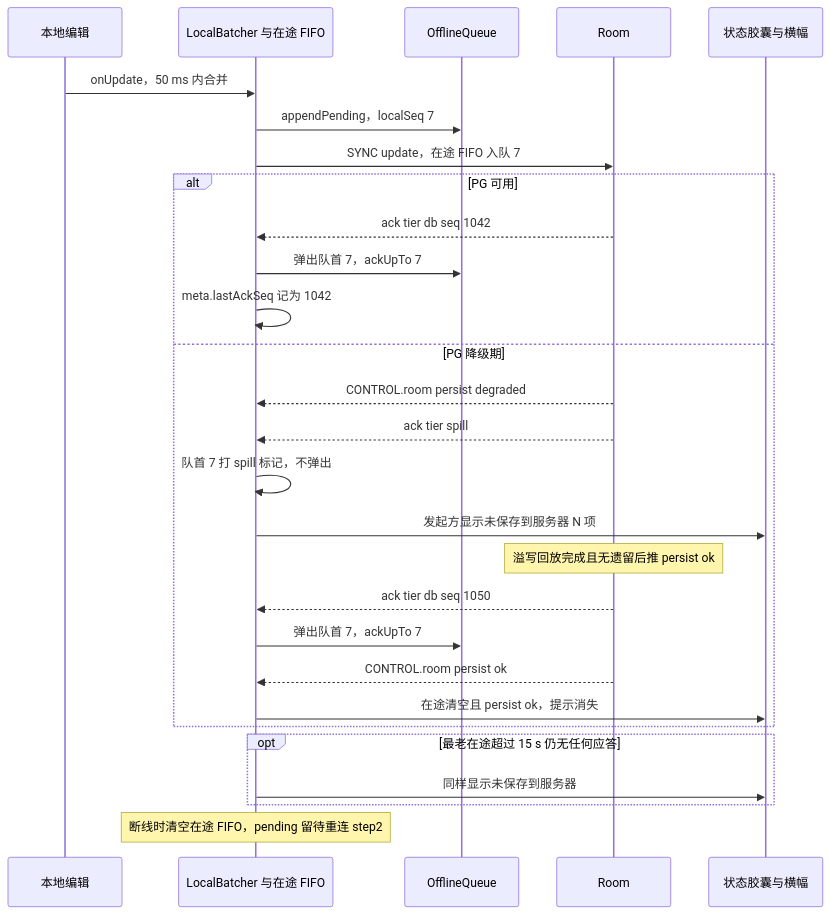
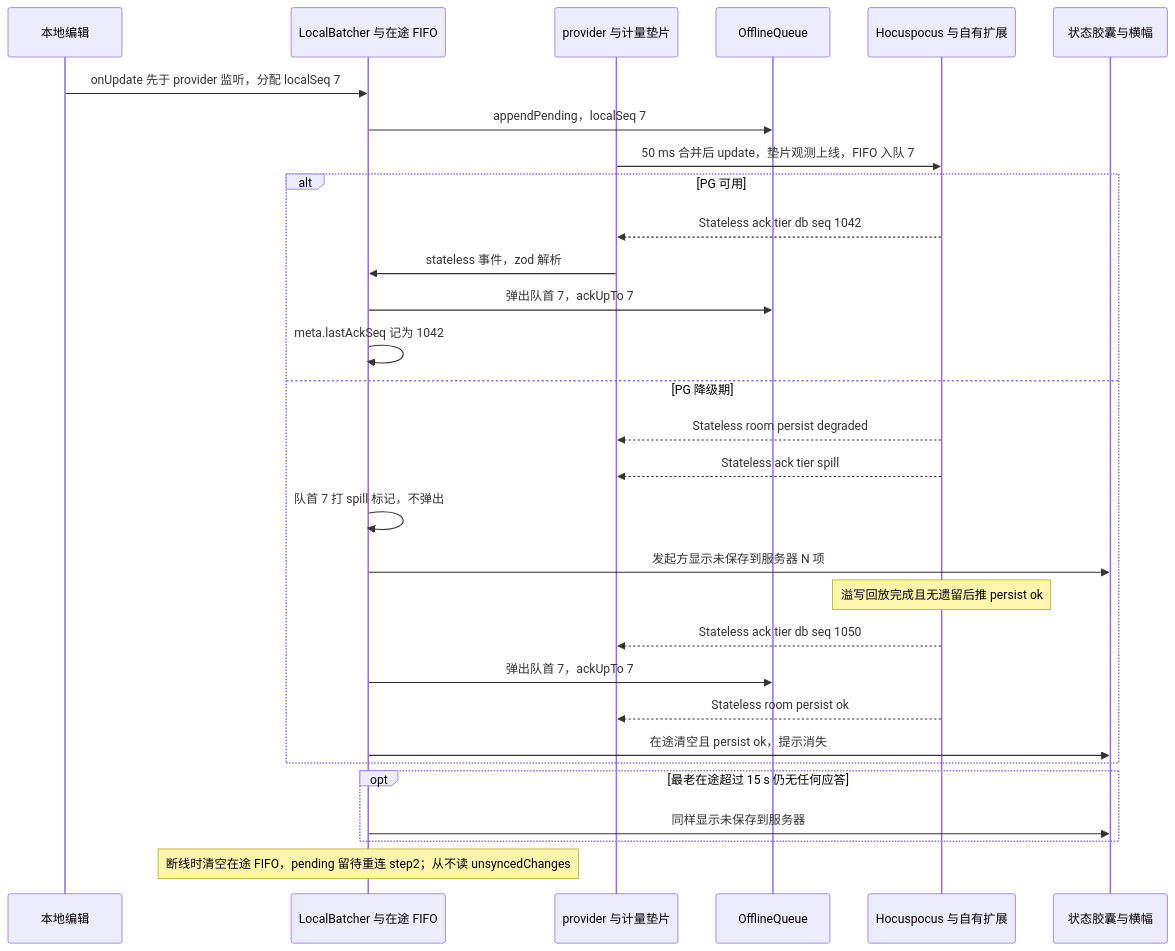
The seventh of 13 diagrams in docs/50-frontend/07-collaboration-client.md (Xeonice/cordis-ppt-editor), drawn with Mermaid before and after one commit. The commit also changed other lines of this file and 22 other files, not shown here.

````diff
--- a/docs/50-frontend/07-collaboration-client.md
+++ b/docs/50-frontend/07-collaboration-client.md
@@ -246,30 +364,32 @@
 ```mermaid
 sequenceDiagram
   participant E as 本地编辑
   participant LB as LocalBatcher 与在途 FIFO
+  participant PV as provider 与计量垫片
   participant OQ as OfflineQueue
-  participant R as Room
+  participant R as Hocuspocus 与自有扩展
   participant UI as 状态胶囊与横幅
-  E->>LB: onUpdate，50 ms 内合并
+  E->>LB: onUpdate 先于 provider 监听，分配 localSeq 7
   LB->>OQ: appendPending，localSeq 7
-  LB->>R: SYNC update，在途 FIFO 入队 7
+  PV->>R: 50 ms 合并后 update，垫片观测上线，FIFO 入队 7
   alt PG 可用
-    R-->>LB: ack tier db seq 1042
+    R-->>PV: Stateless ack tier db seq 1042
+    PV->>LB: stateless 事件，zod 解析
     LB->>OQ: 弹出队首 7，ackUpTo 7
     LB->>LB: meta.lastAckSeq 记为 1042
   else PG 降级期
-    R-->>LB: CONTROL.room persist degraded
-    R-->>LB: ack tier spill
+    R-->>PV: Stateless room persist degraded
+    R-->>PV: Stateless ack tier spill
     LB->>LB: 队首 7 打 spill 标记，不弹出
     LB->>UI: 发起方显示未保存到服务器 N 项
     Note over R: 溢写回放完成且无遗留后推 persist ok
-    R-->>LB: ack tier db seq 1050
+    R-->>PV: Stateless ack tier db seq 1050
     LB->>OQ: 弹出队首 7，ackUpTo 7
-    R-->>LB: CONTROL.room persist ok
+    R-->>PV: Stateless room persist ok
     LB->>UI: 在途清空且 persist ok，提示消失
   end
   opt 最老在途超过 15 s 仍无任何应答
     LB->>UI: 同样显示未保存到服务器
   end
-  Note over LB: 断线时清空在途 FIFO，pending 留待重连 step2
+  Note over LB: 断线时清空在途 FIFO，pending 留待重连 step2；从不读 unsyncedChanges
 ```
````
